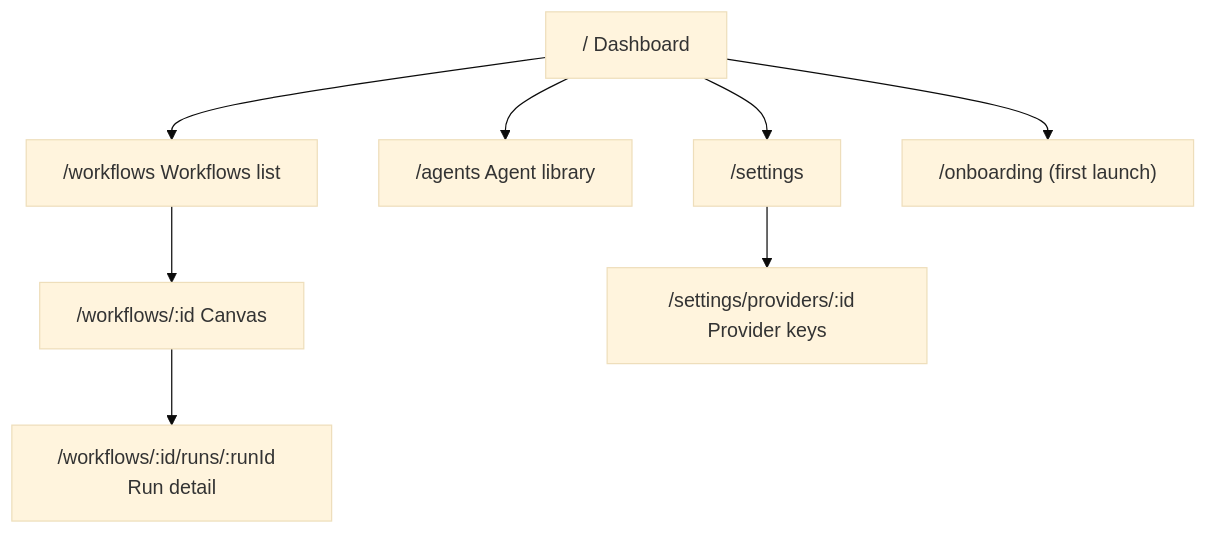
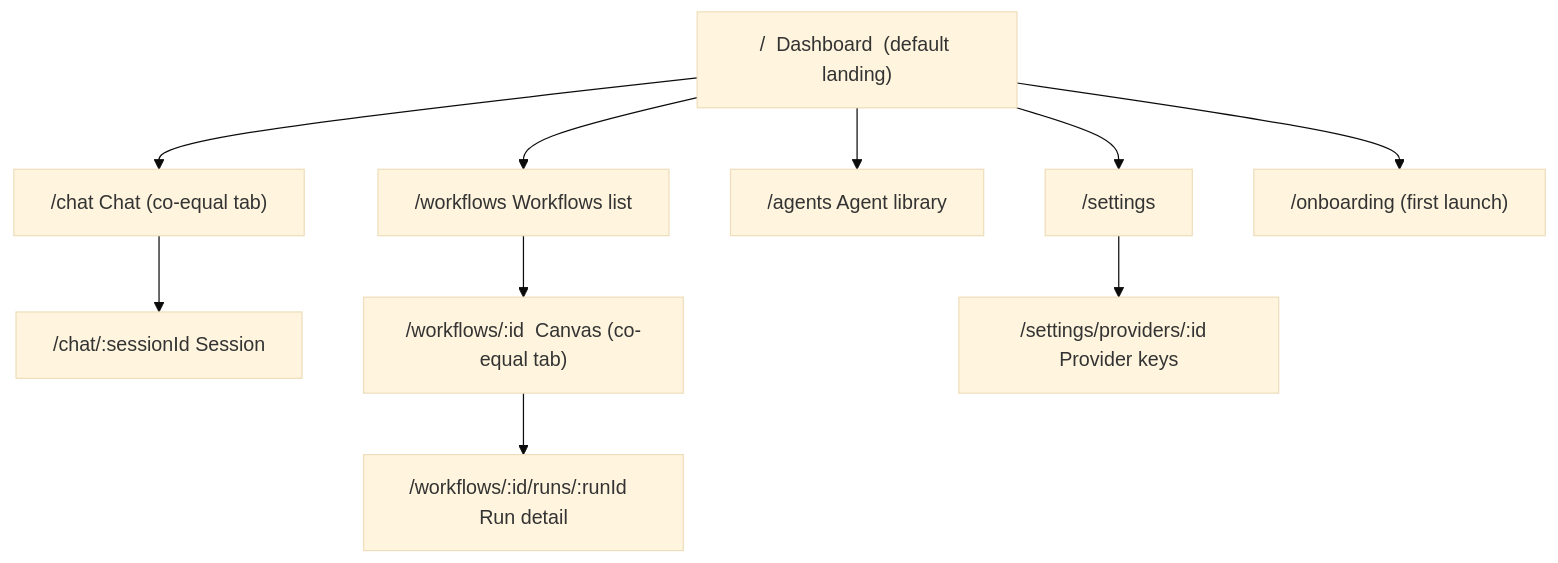
Before and after one commit to HodeTech/Relavium: the diagram in docs/reference/desktop/routes-and-screens.md, drawn with Mermaid (base theme). The commit also changed other lines of this file and 6 other files, not shown here.

````diff
--- a/docs/reference/desktop/routes-and-screens.md
+++ b/docs/reference/desktop/routes-and-screens.md
@@ -16,10 +16,12 @@
 ```mermaid
 flowchart TD
-  ROOT["/  Dashboard"] --> WF["/workflows  Workflows list"]
+  ROOT["/  Dashboard  (default landing)"] --> CHAT["/chat  Chat (co-equal tab)"]
+  ROOT --> WF["/workflows  Workflows list"]
   ROOT --> AG["/agents  Agent library"]
   ROOT --> SET["/settings"]
   ROOT --> ONB["/onboarding  (first launch)"]
-  WF --> CAN["/workflows/:id  Canvas"]
+  CHAT --> CSES["/chat/:sessionId  Session"]
+  WF --> CAN["/workflows/:id  Canvas (co-equal tab)"]
   CAN --> RUN["/workflows/:id/runs/:runId  Run detail"]
   SET --> PROV["/settings/providers/:id  Provider keys"]
 ```
````
